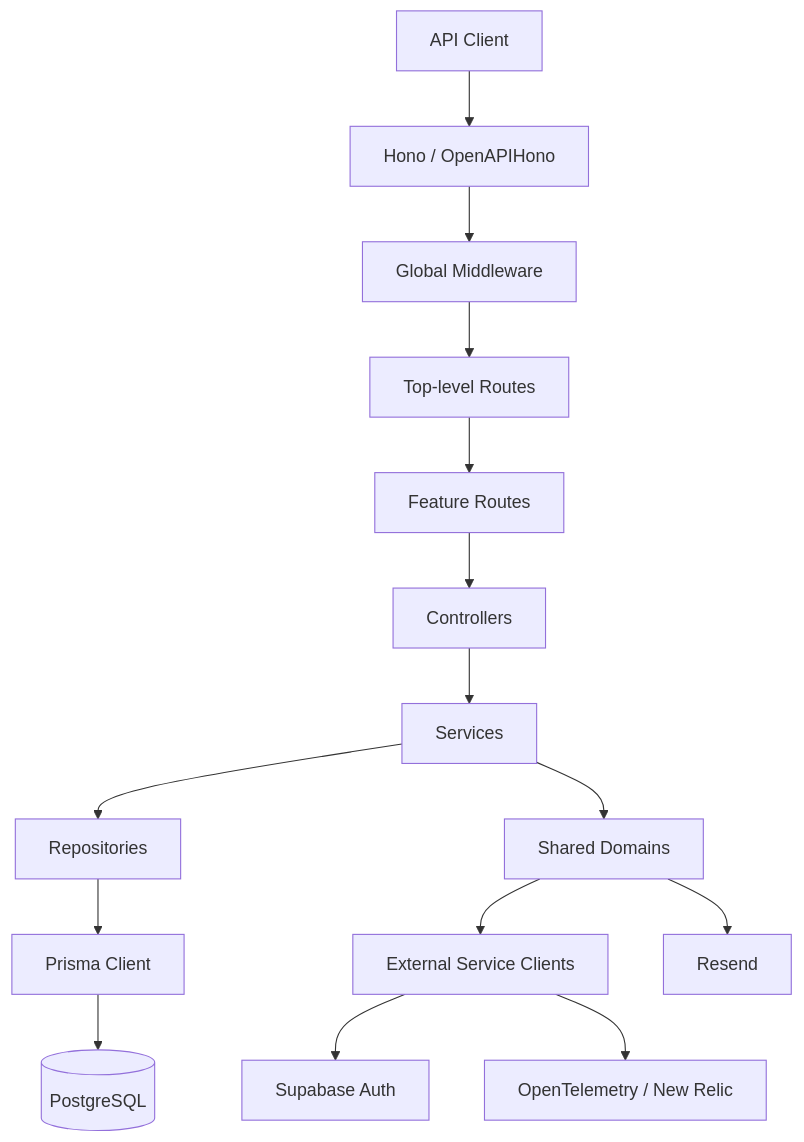
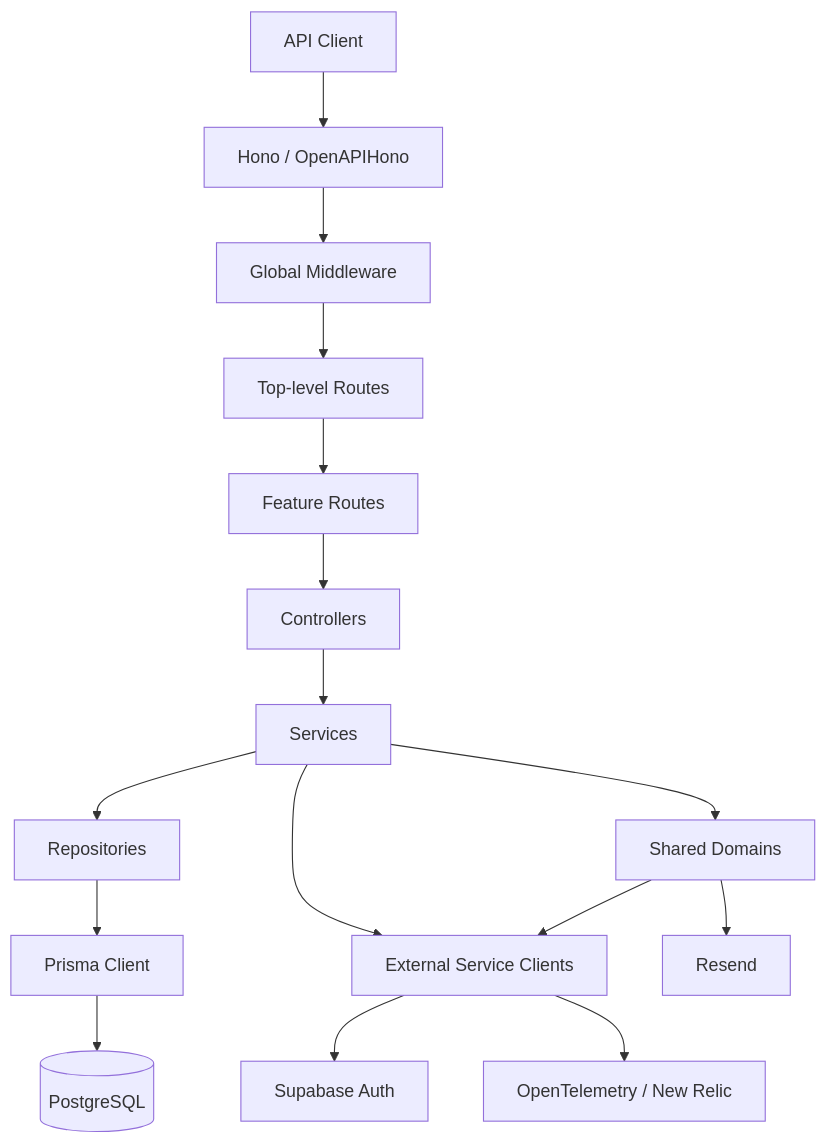
Before and after one commit to kojiyamauchi/hono-app: the first of 3 diagrams in README.md, drawn with Mermaid.

Commit message:
review: Mermaid図にServiceからlibsへの依存を追加
comment: https://github.com/kojiyamauchi/hono-app/pull/144#discussion_r3607630474

````diff
--- a/README.md
+++ b/README.md
@@ -44,23 +44,24 @@
 ```mermaid
 flowchart TD
     Client[API Client]
 
     Client --> App[Hono / OpenAPIHono]
     App --> GlobalMiddleware[Global Middleware]
     GlobalMiddleware --> Routes[Top-level Routes]
 
     Routes --> FeatureRoutes[Feature Routes]
     FeatureRoutes --> Controllers[Controllers]
     Controllers --> Services[Services]
     Services --> Repositories[Repositories]
 
     Services --> Shared[Shared Domains]
     Repositories --> Prisma[Prisma Client]
 
     Shared --> Libs[External Service Clients]
+    Services --> Libs
     Shared --> Resend[Resend]
     Prisma --> PostgreSQL[(PostgreSQL)]
 
     Libs --> Supabase[Supabase Auth]
     Libs --> Telemetry[OpenTelemetry / New Relic]
 ```
````
